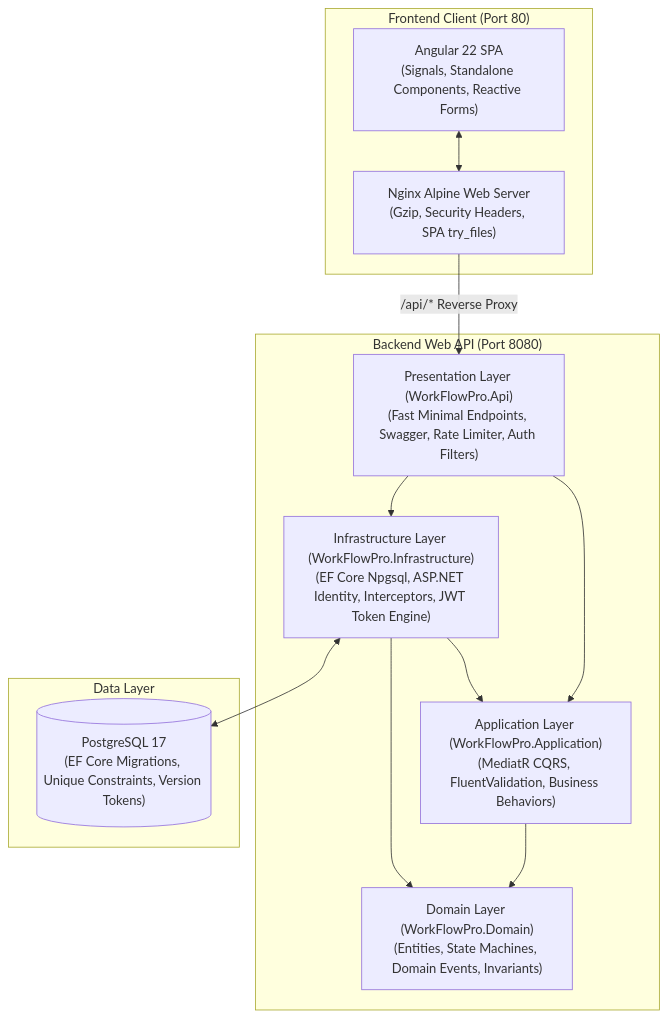
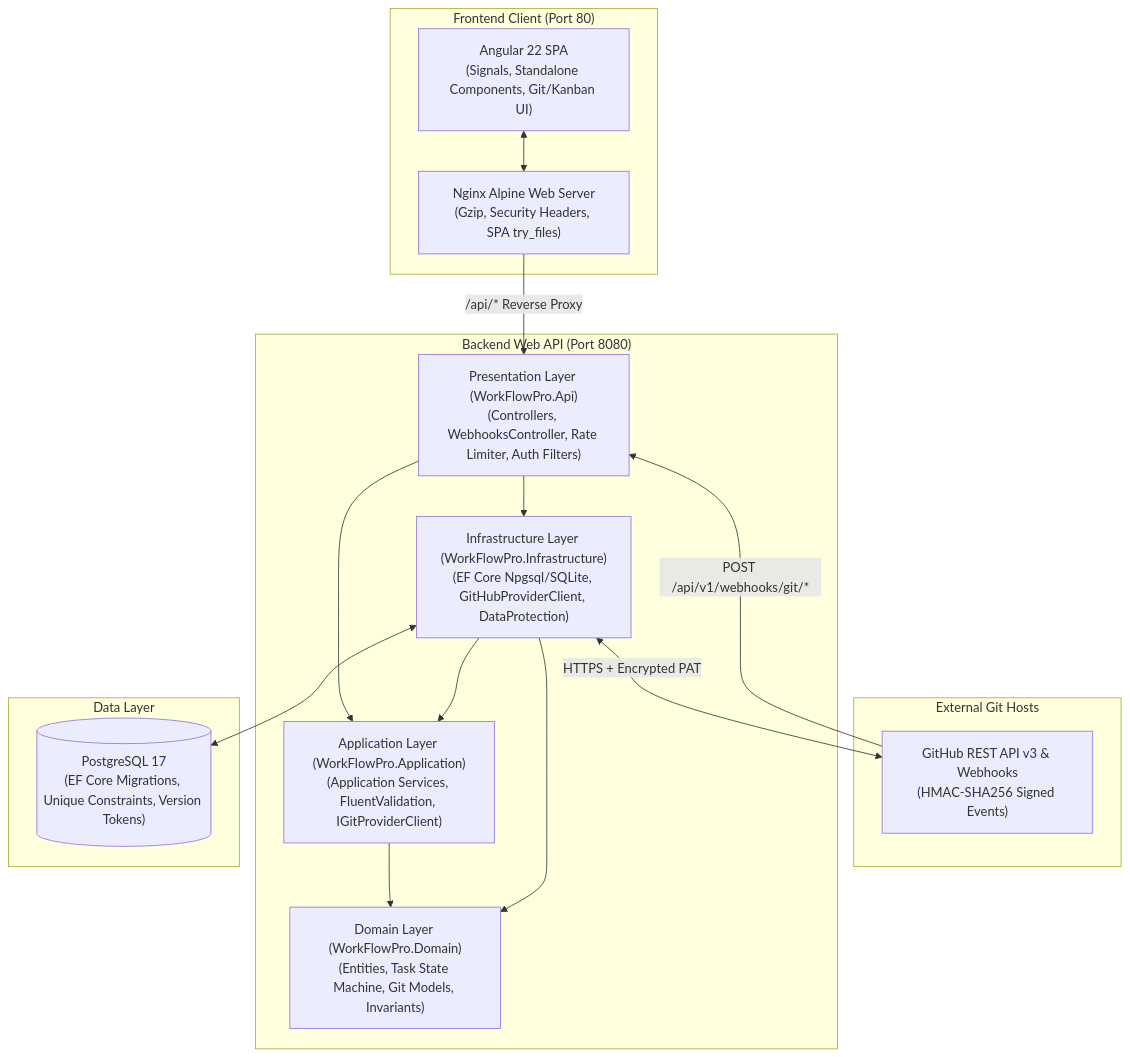
The diagram in README.md (layanpro123456/WorkFlowPro), drawn with Mermaid before and after one commit. The commit also changed other lines of this file and 18 other files, not shown here.

````diff
--- a/README.md
+++ b/README.md
@@ -159,28 +168,34 @@
 ```mermaid
 graph TD
     subgraph Frontend["Frontend Client (Port 80)"]
-        UI["Angular 22 SPA\n(Signals, Standalone Components, Reactive Forms)"]
+        UI["Angular 22 SPA\n(Signals, Standalone Components, Git/Kanban UI)"]
         NginxProxy["Nginx Alpine Web Server\n(Gzip, Security Headers, SPA try_files)"]
         UI <--> NginxProxy
     end
 
+    subgraph ExternalGit["External Git Hosts"]
+        GitHub["GitHub REST API v3 & Webhooks\n(HMAC-SHA256 Signed Events)"]
+    end
+
     subgraph BackendAPI["Backend Web API (Port 8080)"]
-        ApiLayer["Presentation Layer (WorkFlowPro.Api)\n(Fast Minimal Endpoints, Swagger, Rate Limiter, Auth Filters)"]
-        AppLayer["Application Layer (WorkFlowPro.Application)\n(MediatR CQRS, FluentValidation, Business Behaviors)"]
-        DomainLayer["Domain Layer (WorkFlowPro.Domain)\n(Entities, State Machines, Domain Events, Invariants)"]
-        InfraLayer["Infrastructure Layer (WorkFlowPro.Infrastructure)\n(EF Core Npgsql, ASP.NET Identity, Interceptors, JWT Token Engine)"]
+        ApiLayer["Presentation Layer (WorkFlowPro.Api)\n(Controllers, WebhooksController, Rate Limiter, Auth Filters)"]
+        AppLayer["Application Layer (WorkFlowPro.Application)\n(Application Services, FluentValidation, IGitProviderClient)"]
+        DomainLayer["Domain Layer (WorkFlowPro.Domain)\n(Entities, Task State Machine, Git Models, Invariants)"]
+        InfraLayer["Infrastructure Layer (WorkFlowPro.Infrastructure)\n(EF Core Npgsql/SQLite, GitHubProviderClient, DataProtection)"]
 
         ApiLayer --> AppLayer
         AppLayer --> DomainLayer
         InfraLayer --> AppLayer
         InfraLayer --> DomainLayer
         ApiLayer --> InfraLayer
     end
 
     subgraph DataStorage["Data Layer"]
         PostgresDB[("PostgreSQL 17\n(EF Core Migrations, Unique Constraints, Version Tokens)")]
         InfraLayer <--> PostgresDB
     end
 
     NginxProxy -->|/api/* Reverse Proxy| ApiLayer
+    GitHub -->|POST /api/v1/webhooks/git/*| ApiLayer
+    InfraLayer <-->|HTTPS + Encrypted PAT| GitHub
 ```
````
